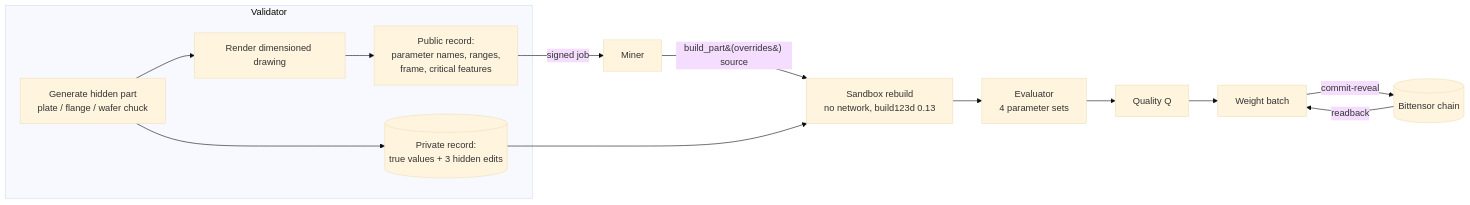
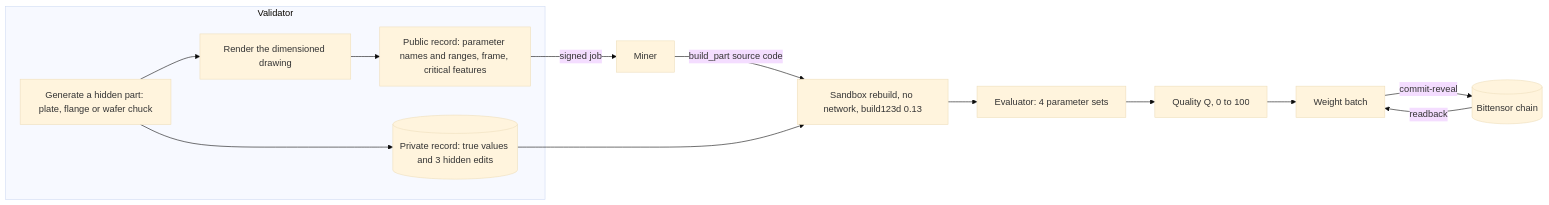
The first of 3 diagrams in README.md (soumyacodes007/kova), drawn with Mermaid (base theme) before and after one commit. The commit also changed other lines of this file, not shown here.

Commit message:
[C] README: Mermaid diagrams GitHub can render (quoted labels, plain ASCII, no entities)

````diff
--- a/README.md
+++ b/README.md
@@ -38,16 +38,16 @@
 ```mermaid
 flowchart LR
-    subgraph V[Validator]
-        G[Generate hidden part<br/>plate / flange / wafer chuck] --> D[Render dimensioned drawing]
-        G --> P[(Private record:<br/>true values + 3 hidden edits)]
-        D --> PUB[Public record:<br/>parameter names, ranges,<br/>frame, critical features]
+    subgraph VAL["Validator"]
+        G["Generate a hidden part: plate, flange or wafer chuck"] --> D["Render the dimensioned drawing"]
+        G --> P[("Private record: true values and 3 hidden edits")]
+        D --> PUB["Public record: parameter names and ranges, frame, critical features"]
     end
-    PUB -->|signed job| M[Miner]
-    M -->|build_part&#40;overrides&#41; source| S[Sandbox rebuild<br/>no network, build123d 0.13]
+    PUB -->|"signed job"| M["Miner"]
+    M -->|"build_part source code"| S["Sandbox rebuild, no network, build123d 0.13"]
     P --> S
-    S --> E[Evaluator<br/>4 parameter sets]
-    E --> Q[Quality Q]
-    Q --> W[Weight batch]
-    W -->|commit-reveal| C[(Bittensor chain)]
-    C -->|readback| W
+    S --> E["Evaluator: 4 parameter sets"]
+    E --> Q["Quality Q, 0 to 100"]
+    Q --> W["Weight batch"]
+    W -->|"commit-reveal"| C[("Bittensor chain")]
+    C -->|"readback"| W
 ```
````
